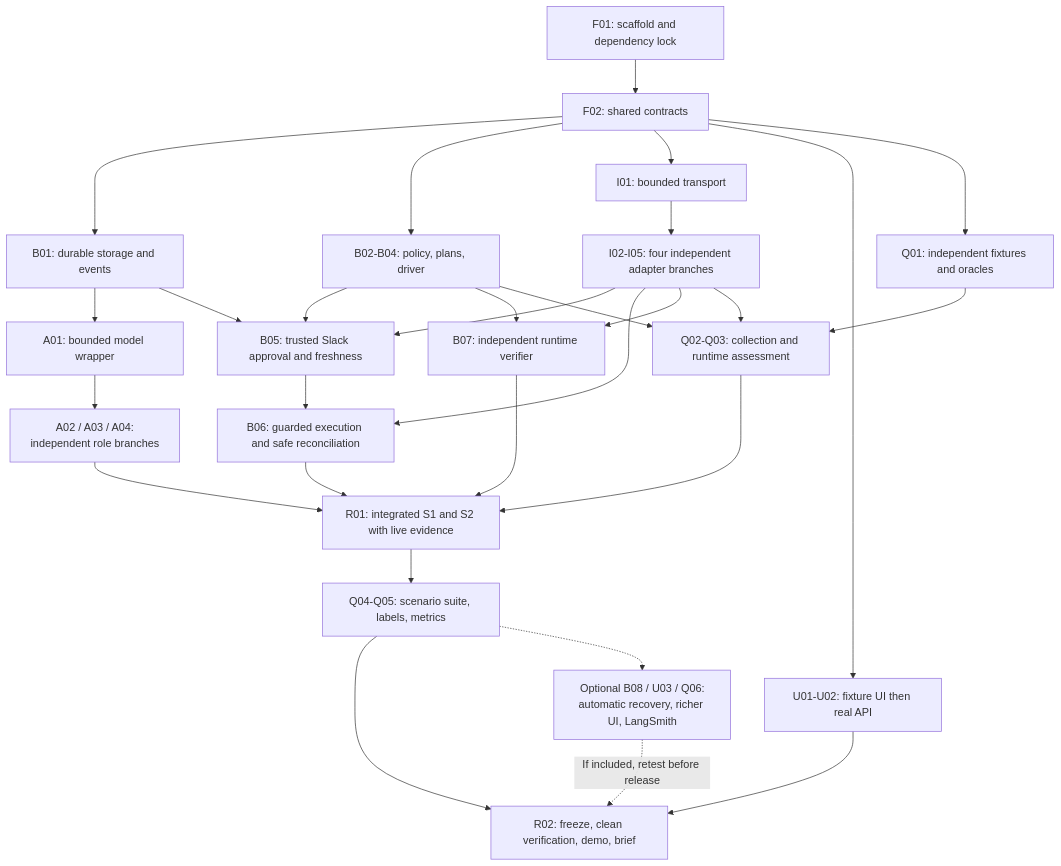
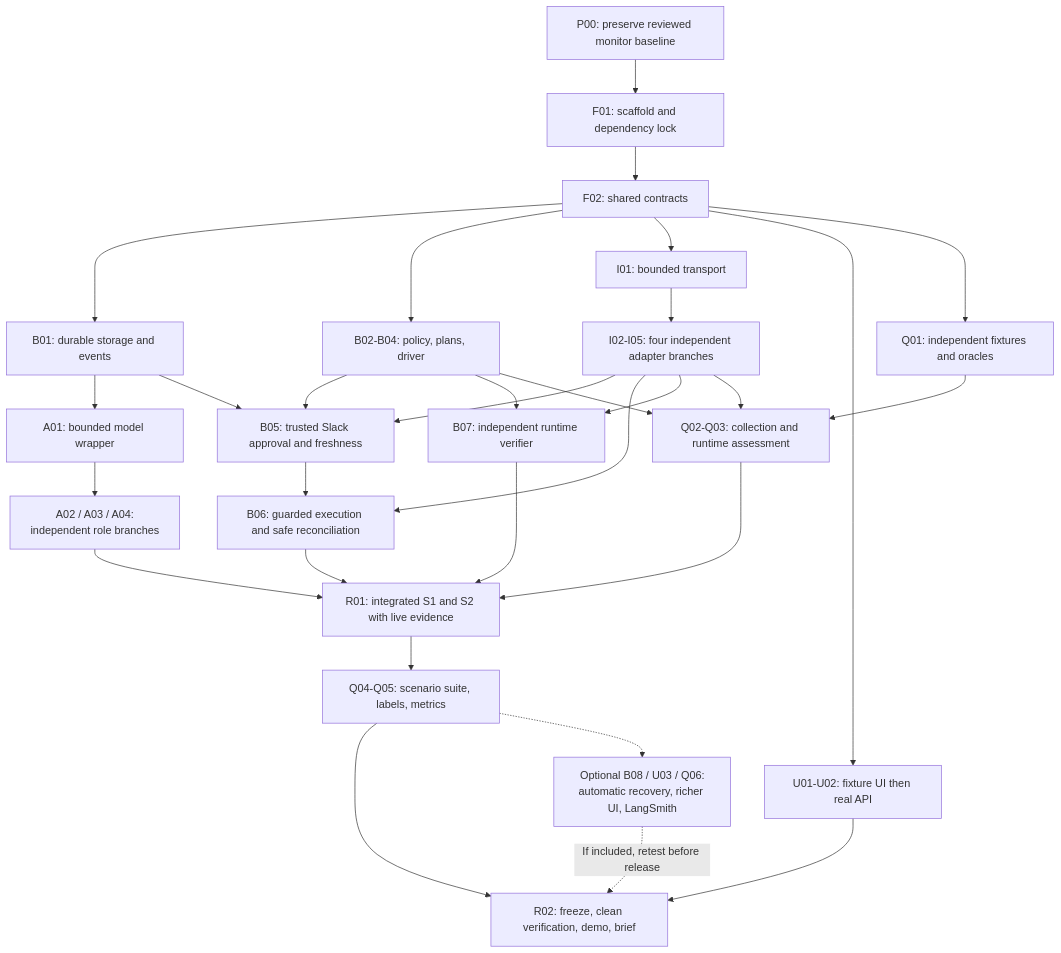
Before and after one commit to janmenjayap/multi-app_ai-agent_hackathon: the diagram in ideation/implementation-plan/03-parallel-delivery.md, drawn with Mermaid. The commit also changed other lines of this file and 103 other files, not shown here.

````diff
--- a/ideation/implementation-plan/03-parallel-delivery.md
+++ b/ideation/implementation-plan/03-parallel-delivery.md
@@ -31,31 +61,32 @@
 ```mermaid
 flowchart TD
+    P00["P00: preserve reviewed monitor baseline"] --> F01
     F01["F01: scaffold and dependency lock"] --> F02["F02: shared contracts"]
     F02 --> Storage["B01: durable storage and events"]
     F02 --> Core["B02-B04: policy, plans, driver"]
     F02 --> I01["I01: bounded transport"]
     I01 --> Providers["I02-I05: four independent adapter branches"]
     Storage --> A01["A01: bounded model wrapper"]
     A01 --> Models["A02 / A03 / A04:<br/>independent role branches"]
     F02 --> UI["U01-U02: fixture UI then real API"]
     F02 --> Q01["Q01: independent fixtures and oracles"]
     Storage --> Approval
     Core --> Approval["B05: trusted Slack approval and freshness"]
     Providers --> Approval
     Approval --> Execute["B06: guarded execution and safe reconciliation"]
     Providers --> Execute
     Core --> Verify["B07: independent runtime verifier"]
     Providers --> Verify
     Q01 --> Evidence["Q02-Q03: collection and runtime assessment"]
     Providers --> Evidence
     Core --> Evidence
     Models --> R01["R01: integrated S1 and S2 with live evidence"]
     Execute --> R01
     Verify --> R01
     Evidence --> R01
     R01 --> Q04["Q04-Q05: scenario suite, labels, metrics"]
     Q04 --> R02["R02: freeze, clean verification, demo, brief"]
     UI --> R02
     Q04 -.-> Extra["Optional B08 / U03 / Q06:<br/>automatic recovery, richer UI, LangSmith"]
     Extra -.->|"If included, retest before release"| R02
 ```
````
